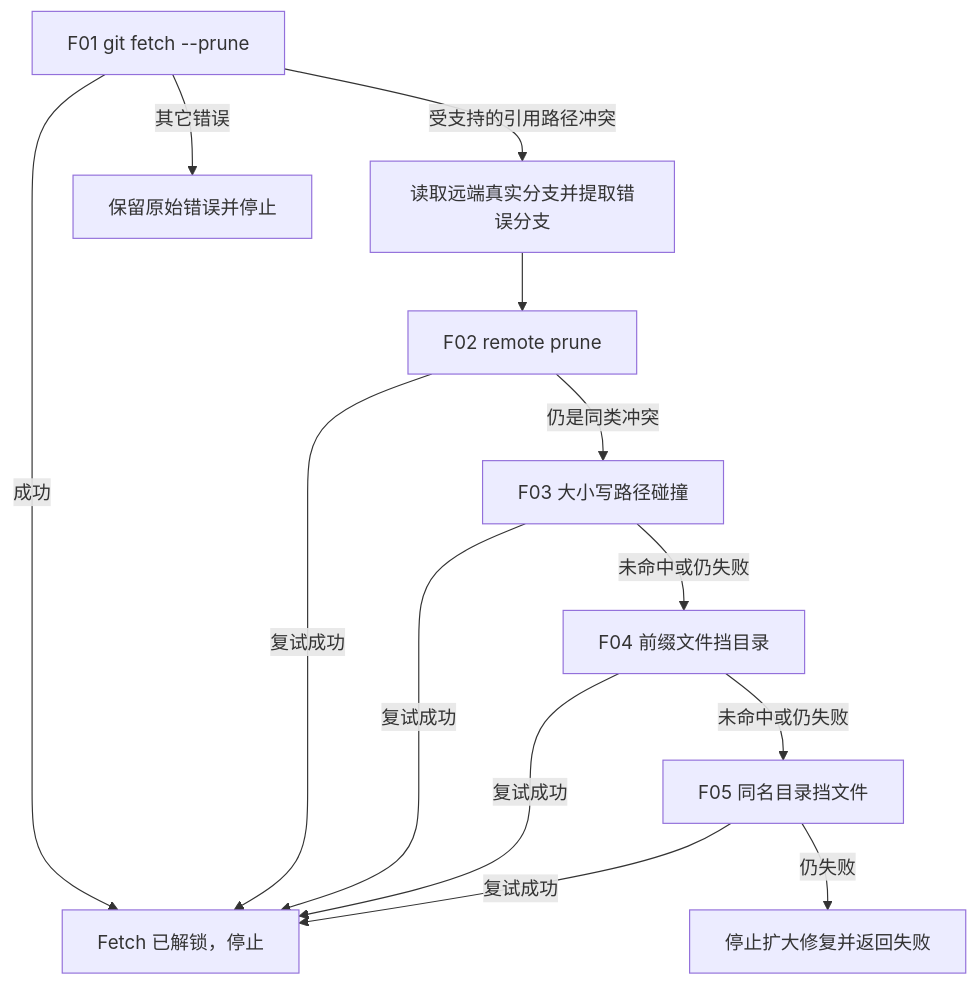
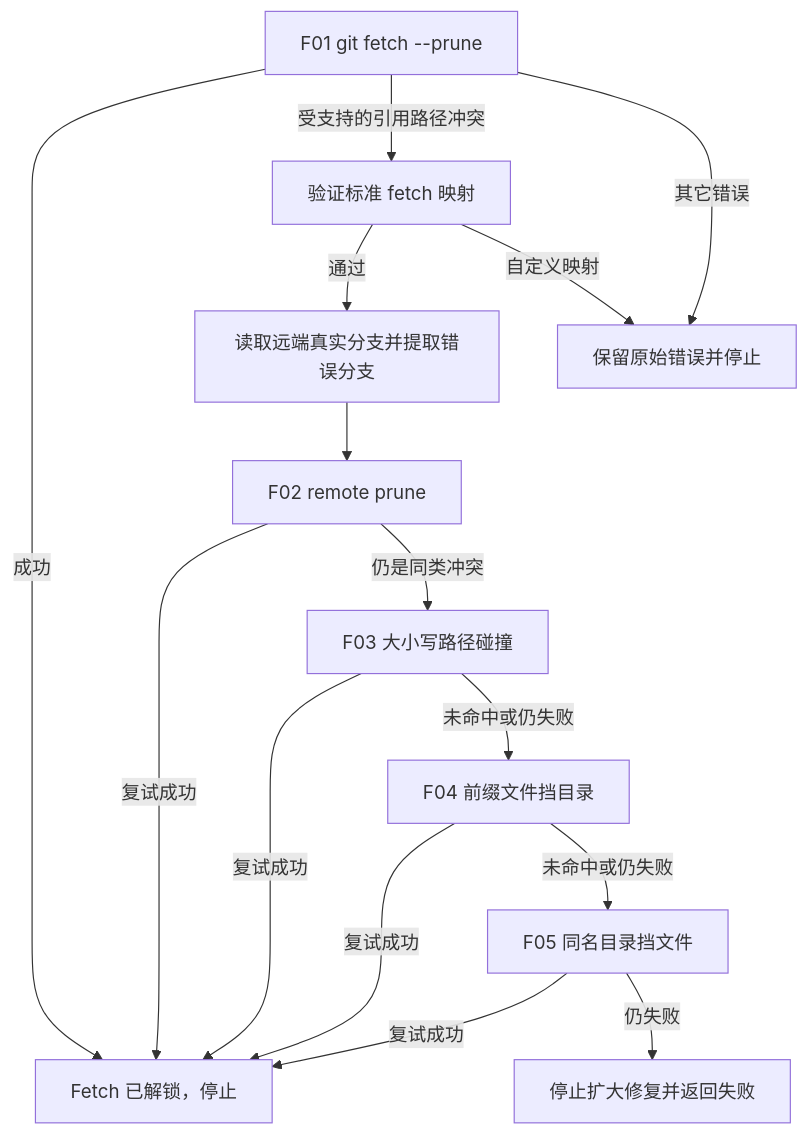
One commit to JobsKits/SourceTree.sh changed the diagram in 【MacOS@SourceTree】📥修复Git无法Fetch.command/README.md. Above: the diagram before and after it, drawn with Mermaid. The commit also changed other lines of this file and 65 other files, not shown here.

````diff
--- a/【MacOS@SourceTree】📥修复Git无法Fetch.command/README.md
+++ b/【MacOS@SourceTree】📥修复Git无法Fetch.command/README.md
@@ -105,15 +107,17 @@
 ```mermaid
 flowchart TD
   A["F01 git fetch --prune"] -->|成功| Z["Fetch 已解锁，停止"]
-  A -->|受支持的引用路径冲突| B["读取远端真实分支并提取错误分支"]
+  A -->|受支持的引用路径冲突| V["验证标准 fetch 映射"]
+  V -->|通过| B["读取远端真实分支并提取错误分支"]
+  V -->|自定义映射| X
   A -->|其它错误| X["保留原始错误并停止"]
   B --> C["F02 remote prune"]
   C -->|复试成功| Z
   C -->|仍是同类冲突| D["F03 大小写路径碰撞"]
   D -->|复试成功| Z
   D -->|未命中或仍失败| E["F04 前缀文件挡目录"]
   E -->|复试成功| Z
   E -->|未命中或仍失败| F["F05 同名目录挡文件"]
   F -->|复试成功| Z
   F -->|仍失败| Y["停止扩大修复并返回失败"]
 ```
````
